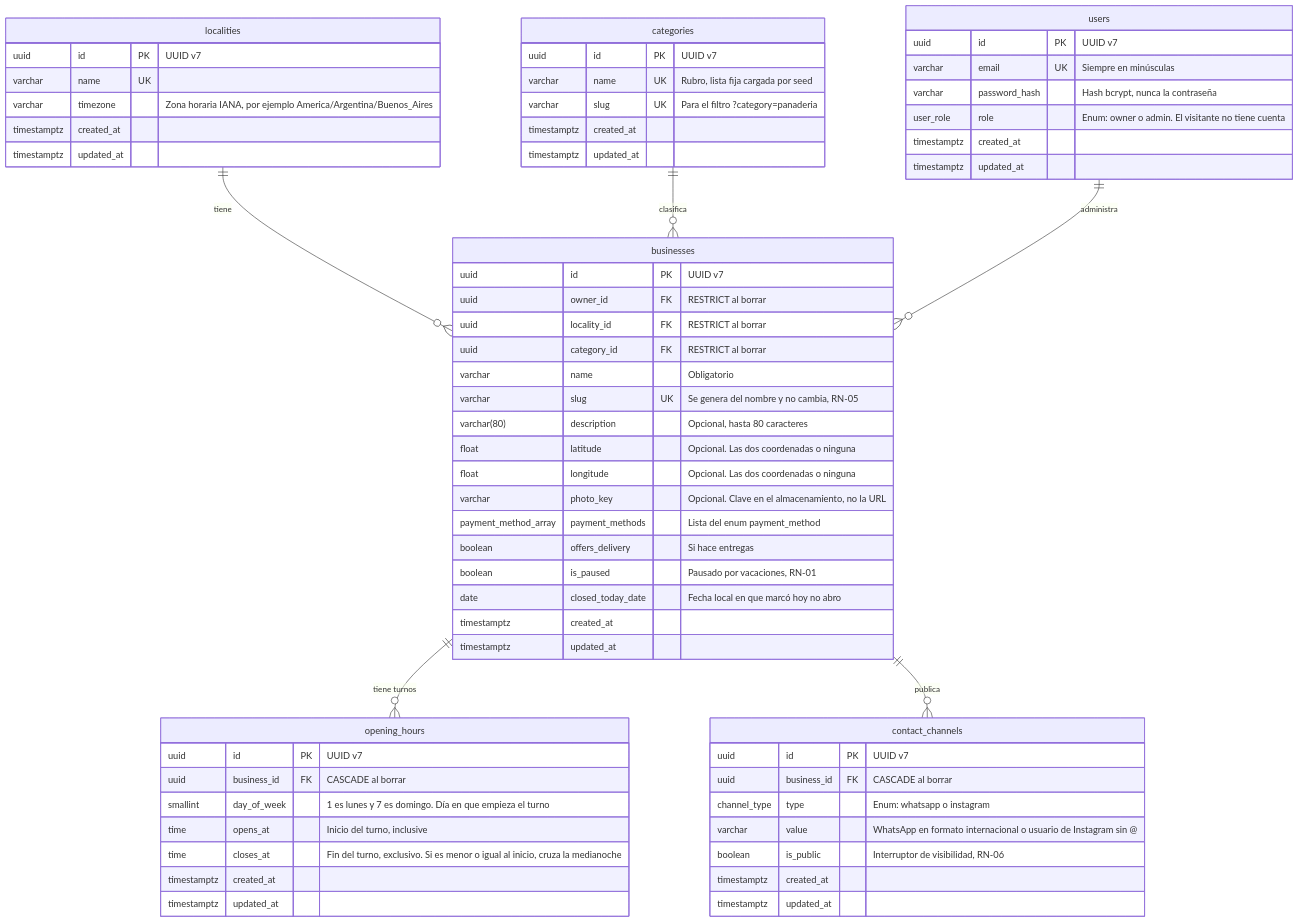
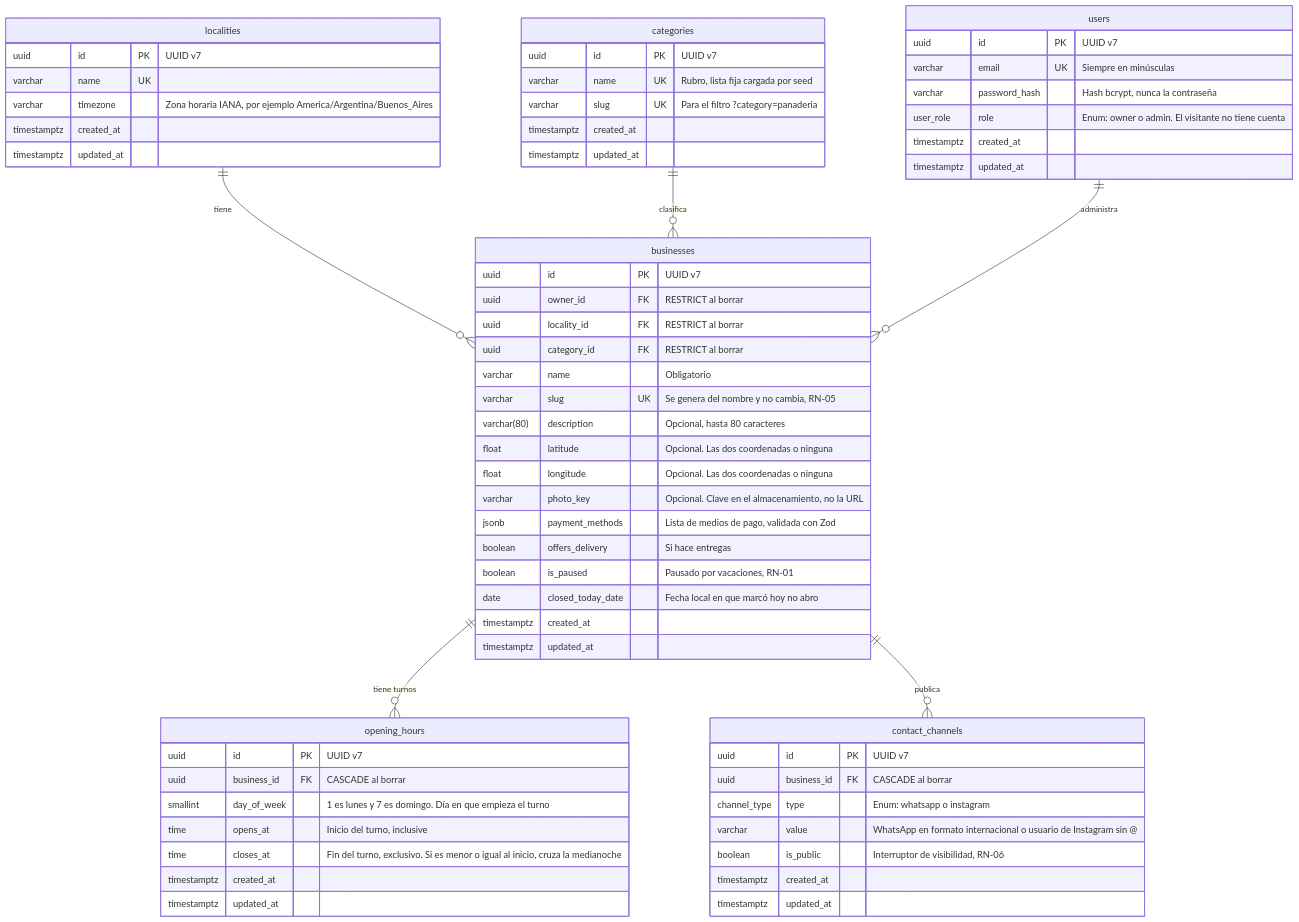
One commit to joseviudes/aca-nomas-app changed the diagram in docs/diagramas/modelo-de-datos.md. Above: the diagram before and after it, drawn with Mermaid. The commit also changed other lines of this file and 1 other file, not shown here.

Commit message:
docs(data-model): mantiene JSONB para los medios de pago con validación de Zod

````diff
--- a/docs/diagramas/modelo-de-datos.md
+++ b/docs/diagramas/modelo-de-datos.md
@@ -27,72 +27,72 @@
 ```mermaid
 erDiagram
   localities ||--o{ businesses : "tiene"
   categories ||--o{ businesses : "clasifica"
   users ||--o{ businesses : "administra"
   businesses ||--o{ opening_hours : "tiene turnos"
   businesses ||--o{ contact_channels : "publica"
 
   localities {
     uuid id PK "UUID v7"
     varchar name UK
     varchar timezone "Zona horaria IANA, por ejemplo America/Argentina/Buenos_Aires"
     timestamptz created_at
     timestamptz updated_at
   }
 
   categories {
     uuid id PK "UUID v7"
     varchar name UK "Rubro, lista fija cargada por seed"
     varchar slug UK "Para el filtro ?category=panaderia"
     timestamptz created_at
     timestamptz updated_at
   }
 
   users {
     uuid id PK "UUID v7"
     varchar email UK "Siempre en minúsculas"
     varchar password_hash "Hash bcrypt, nunca la contraseña"
     user_role role "Enum: owner o admin. El visitante no tiene cuenta"
     timestamptz created_at
     timestamptz updated_at
   }
 
   businesses {
     uuid id PK "UUID v7"
     uuid owner_id FK "RESTRICT al borrar"
     uuid locality_id FK "RESTRICT al borrar"
     uuid category_id FK "RESTRICT al borrar"
     varchar name "Obligatorio"
     varchar slug UK "Se genera del nombre y no cambia, RN-05"
     varchar(80) description "Opcional, hasta 80 caracteres"
     float latitude "Opcional. Las dos coordenadas o ninguna"
     float longitude "Opcional. Las dos coordenadas o ninguna"
     varchar photo_key "Opcional. Clave en el almacenamiento, no la URL"
-    payment_method_array payment_methods "Lista del enum payment_method"
+    jsonb payment_methods "Lista de medios de pago, validada con Zod"
     boolean offers_delivery "Si hace entregas"
     boolean is_paused "Pausado por vacaciones, RN-01"
     date closed_today_date "Fecha local en que marcó hoy no abro"
     timestamptz created_at
     timestamptz updated_at
   }
 
   opening_hours {
     uuid id PK "UUID v7"
     uuid business_id FK "CASCADE al borrar"
     smallint day_of_week "1 es lunes y 7 es domingo. Día en que empieza el turno"
     time opens_at "Inicio del turno, inclusive"
     time closes_at "Fin del turno, exclusivo. Si es menor o igual al inicio, cruza la medianoche"
     timestamptz created_at
     timestamptz updated_at
   }
 
   contact_channels {
     uuid id PK "UUID v7"
     uuid business_id FK "CASCADE al borrar"
     channel_type type "Enum: whatsapp o instagram"
     varchar value "WhatsApp en formato internacional o usuario de Instagram sin @"
     boolean is_public "Interruptor de visibilidad, RN-06"
     timestamptz created_at
     timestamptz updated_at
   }
 ```
````
